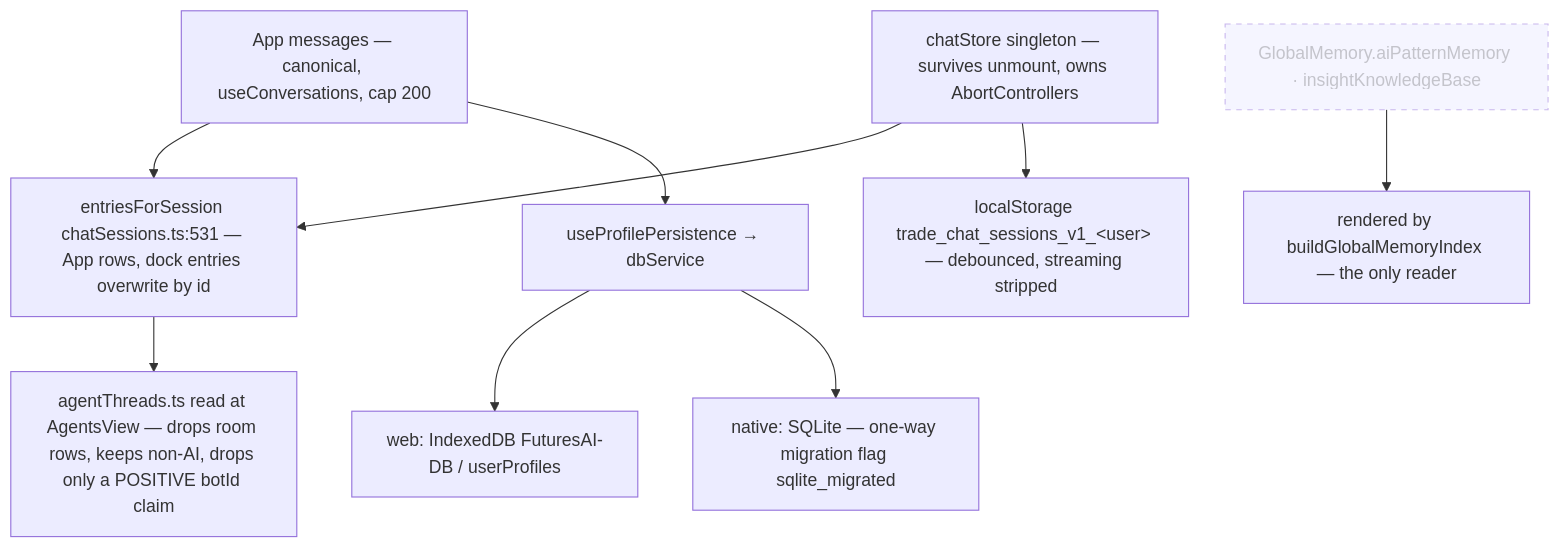
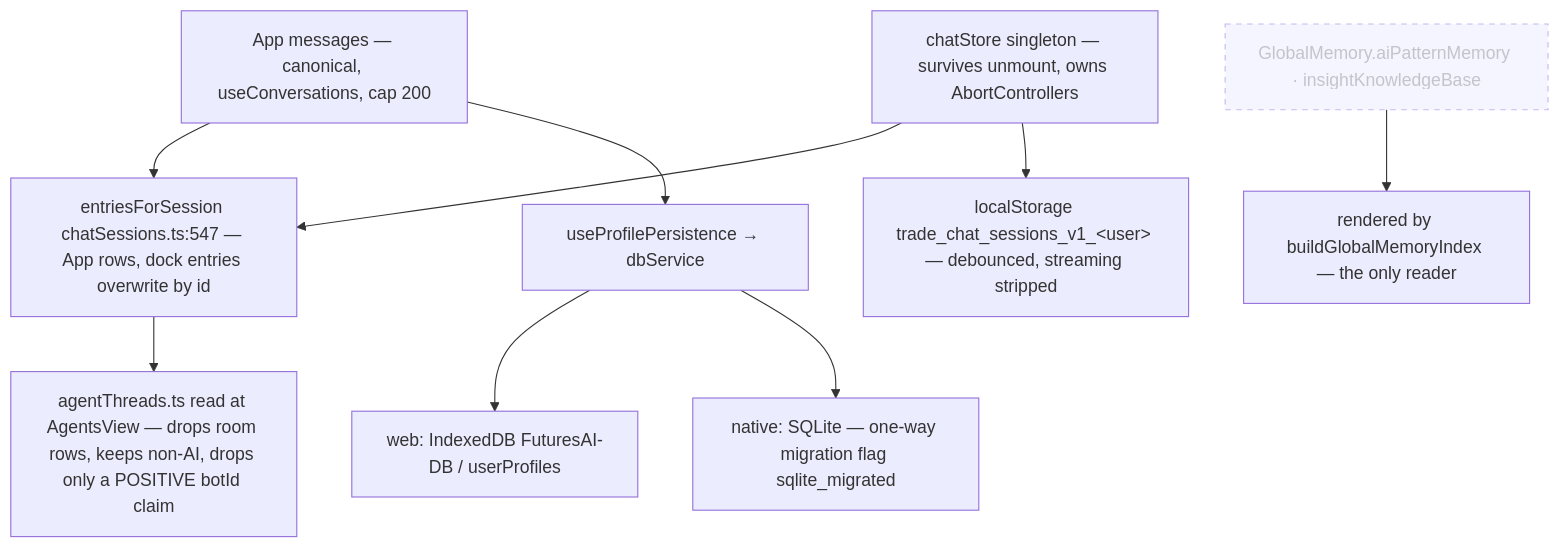
Before and after one commit to Acepay25/august-3.5: the seventh of 7 diagrams in docs/app-flow.md, drawn with Mermaid. The commit also changed other lines of this file and 23 other files, not shown here.

````diff
--- a/docs/app-flow.md
+++ b/docs/app-flow.md
@@ -358,12 +358,12 @@
 ```mermaid
 flowchart TD
-    MSG["App messages — canonical, useConversations, cap 200"] --> MER["entriesForSession chatSessions.ts:531 — App rows, dock entries overwrite by id"]
+    MSG["App messages — canonical, useConversations, cap 200"] --> MER["entriesForSession chatSessions.ts:547 — App rows, dock entries overwrite by id"]
     CS["chatStore singleton — survives unmount, owns AbortControllers"] --> MER
     MER --> PANE["agentThreads.ts read at AgentsView — drops room rows, keeps non-AI, drops only a POSITIVE botId claim"]
     CS --> LS["localStorage trade_chat_sessions_v1_&lt;user&gt; — debounced, streaming stripped"]
     MSG --> PP["useProfilePersistence → dbService"]
     PP --> IDB["web: IndexedDB FuturesAI-DB / userProfiles"]
     PP --> SQL["native: SQLite — one-way migration flag sqlite_migrated"]
     GM["GlobalMemory.aiPatternMemory · insightKnowledgeBase"]:::dead --> IDX["rendered by buildGlobalMemoryIndex — the only reader"]
     classDef dead stroke-dasharray: 5 5,opacity:.5
 ```
````
